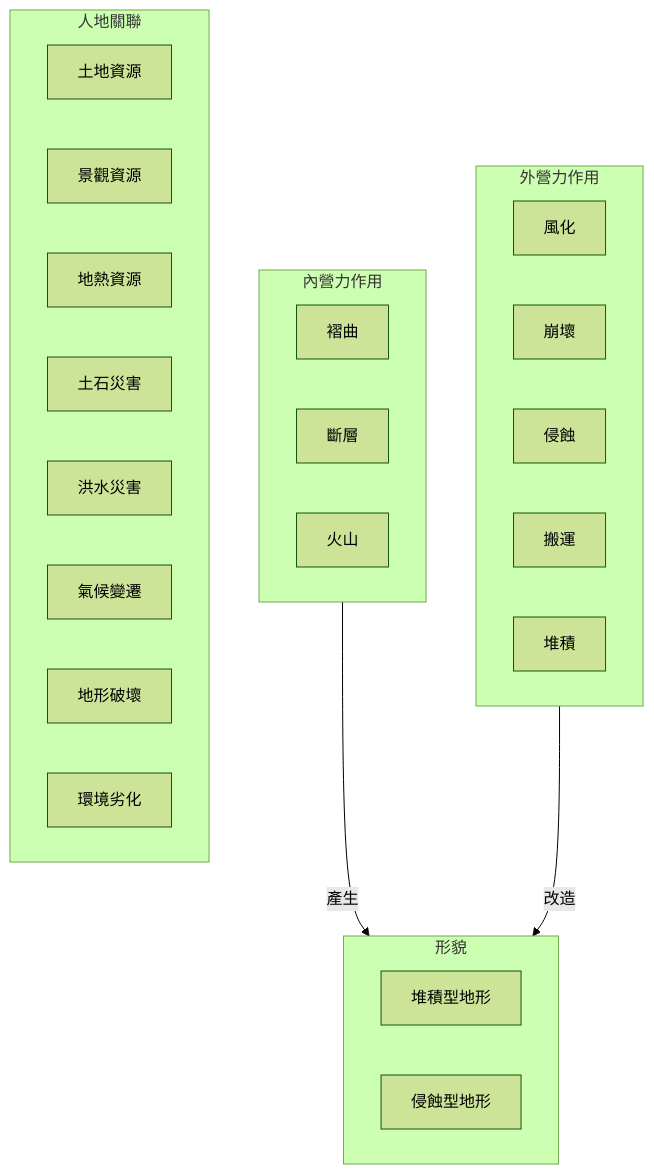
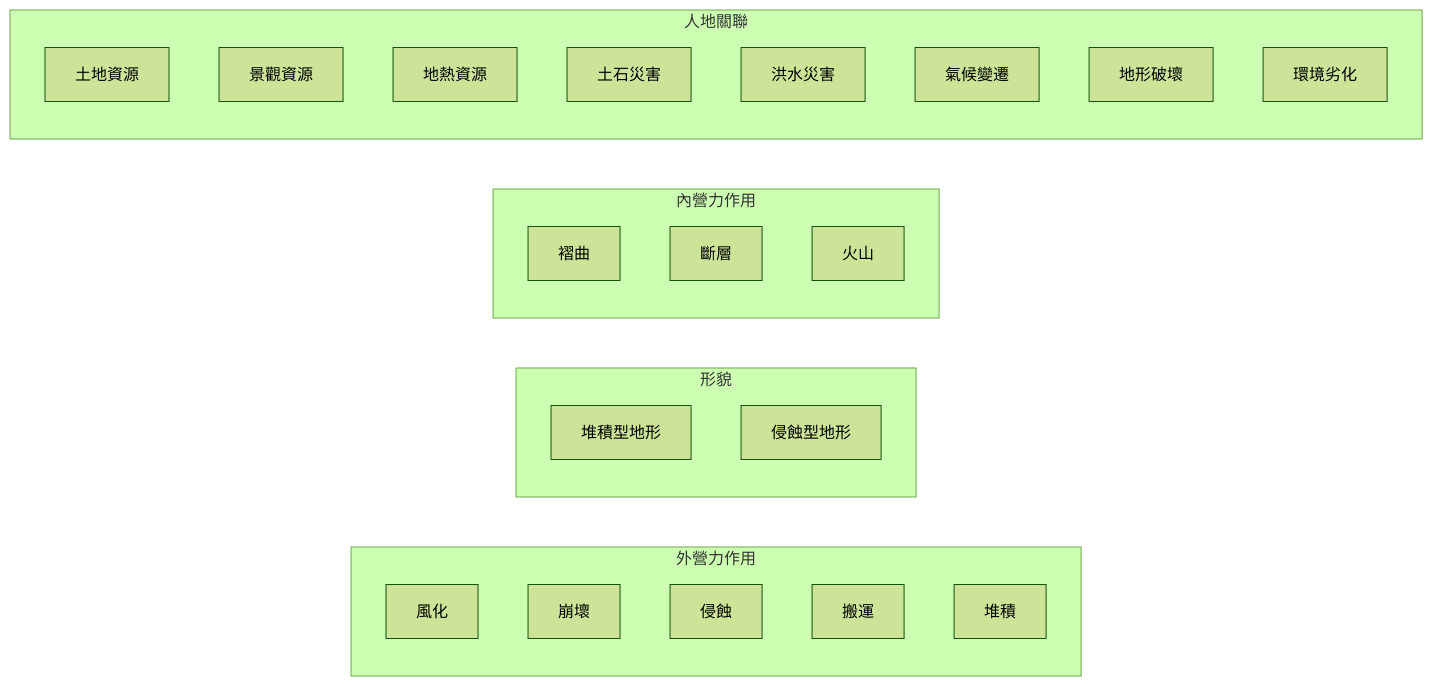
The diagram in Zettelkasten/地形系統.md (Ethane1755/Obsidian), drawn with Mermaid (forest theme) before and after one commit. The commit also changed 1 other file, not shown here.

Commit message:
Obsidian Backup 2021-09-20 18:14

````diff
--- a/Zettelkasten/地形系統.md
+++ b/Zettelkasten/地形系統.md
@@ -3,31 +3,30 @@
 ```mermaid
-graph TD
+graph LR
 subgraph 外營力作用
 風化
 崩壞
 侵蝕
 搬運
 堆積
 end
 subgraph 形貌
 堆積型地形
 侵蝕型地形
 end
 subgraph 內營力作用
 褶曲
 斷層
 火山
 end
 subgraph 人地關聯
 土地資源
 景觀資源
 地熱資源
 土石災害
 洪水災害
 氣候變遷
 地形破壞
 環境劣化
 end
-內營力作用-->|產生|形貌
-外營力作用-->|改造|形貌
+
 ```
````
